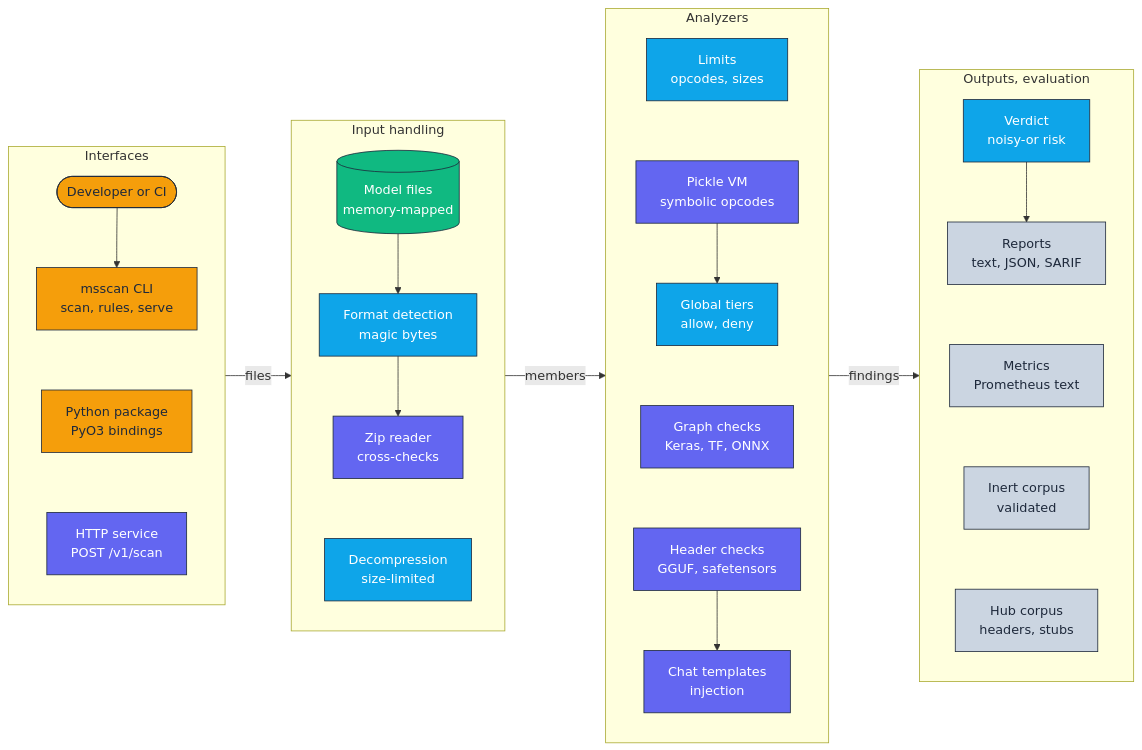
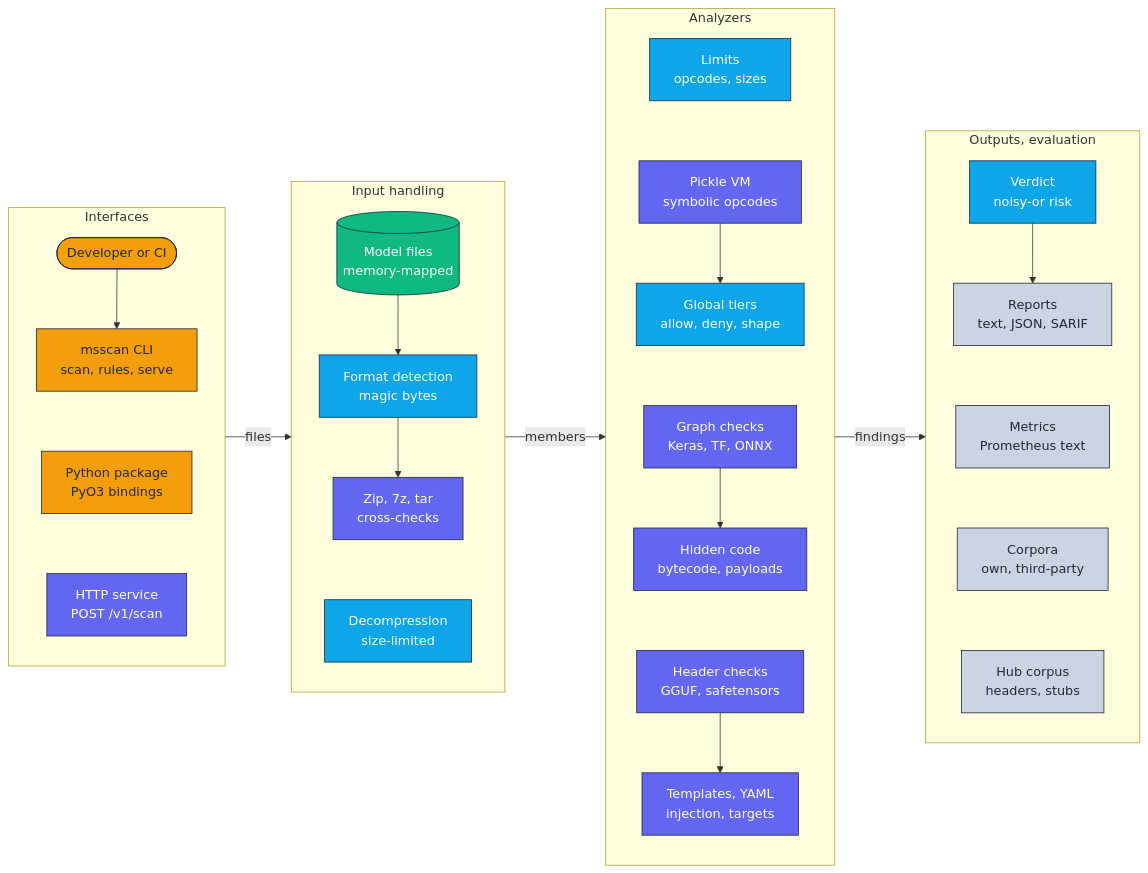
One commit to adeoluo/model-supply-chain-scanner changed the diagram in docs/architecture/architecture.mmd. Above: the diagram before and after it, drawn with Mermaid. The commit also changed 2 other files, not shown here.

Commit message:
docs: ADR 0007 on refusing calls by shape, architecture diagram for the new stages

```diff
--- a/docs/architecture/architecture.mmd
+++ b/docs/architecture/architecture.mmd
@@ -1,49 +1,50 @@
 flowchart LR
     classDef edge     fill:#F59E0B,stroke:#1E293B,color:#1E293B,stroke-width:1px;
     classDef core     fill:#6366F1,stroke:#1E293B,color:#ffffff,stroke-width:1px;
     classDef data     fill:#10B981,stroke:#1E293B,color:#ffffff,stroke-width:1px;
     classDef control  fill:#0EA5E9,stroke:#1E293B,color:#ffffff,stroke-width:1px;
     classDef obs      fill:#CBD5E1,stroke:#1E293B,color:#1E293B,stroke-width:1px;
 
     subgraph Interfaces["Interfaces"]
         direction TB
         User([Developer or CI]):::edge
         CLI["msscan CLI<br/>scan, rules, serve"]:::edge
         Py["Python package<br/>PyO3 bindings"]:::edge
         Service["HTTP service<br/>POST /v1/scan"]:::core
         User --> CLI ~~~ Py ~~~ Service
     end
 
     subgraph Input["Input handling"]
         direction TB
         Files[("Model files<br/>memory-mapped")]:::data
         Sniff["Format detection<br/>magic bytes"]:::control
-        Zip["Zip reader<br/>cross-checks"]:::core
+        Zip["Zip, 7z, tar<br/>cross-checks"]:::core
         Decomp["Decompression<br/>size-limited"]:::control
         Files --> Sniff --> Zip ~~~ Decomp
     end
 
     subgraph Analyzers["Analyzers"]
         direction TB
         VM["Pickle VM<br/>symbolic opcodes"]:::core
-        Policy["Global tiers<br/>allow, deny"]:::control
+        Policy["Global tiers<br/>allow, deny, shape"]:::control
         Graphs["Graph checks<br/>Keras, TF, ONNX"]:::core
+        Code["Hidden code<br/>bytecode, payloads"]:::core
         Headers["Header checks<br/>GGUF, safetensors"]:::core
-        Jinja["Chat templates<br/>injection"]:::core
+        Jinja["Templates, YAML<br/>injection, targets"]:::core
         Limits["Limits<br/>opcodes, sizes"]:::control
-        Limits ~~~ VM --> Policy ~~~ Graphs ~~~ Headers --> Jinja
+        Limits ~~~ VM --> Policy ~~~ Graphs --> Code ~~~ Headers --> Jinja
     end
 
     subgraph Out["Outputs, evaluation"]
         direction TB
         Reports["Reports<br/>text, JSON, SARIF"]:::obs
         Metrics["Metrics<br/>Prometheus text"]:::obs
-        Bench["Inert corpus<br/>validated"]:::obs
+        Bench["Corpora<br/>own, third-party"]:::obs
         Hub["Hub corpus<br/>headers, stubs"]:::obs
         Score["Verdict<br/>noisy-or risk"]:::control
         Score --> Reports ~~~ Metrics ~~~ Bench ~~~ Hub
     end
 
     Interfaces -->|files| Input
     Input -->|members| Analyzers
     Analyzers -->|findings| Out
```
